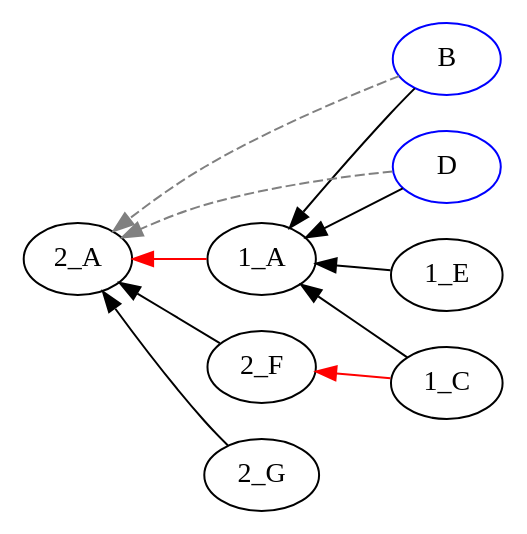
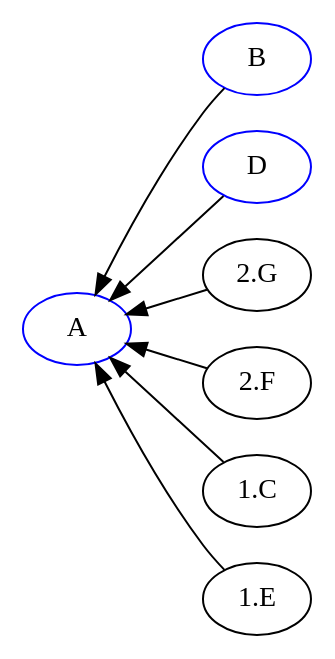
One commit to EulerProject/EulerX changed the diagram in example/output/abstract4/abstract4_pw_4.dot. Above: the diagram before and after it, drawn with Graphviz. The commit also changed 30 other files, not shown here.

```diff
--- a/example/output/abstract4/abstract4_pw_4.dot
+++ b/example/output/abstract4/abstract4_pw_4.dot
@@ -1,19 +1,16 @@
 digraph {
 
 rankdir = RL
 
 "B" [color=blue];
 "D" [color=blue];
 "B" [color=blue];
+"A" [color=blue];
 "D" [color=blue];
-"1_C" -> "1_A" [style=filled, color=black];
-"1_E" -> "1_A" [style=filled, color=black];
-"2_F" -> "2_A" [style=filled, color=black];
-"2_G" -> "2_A" [style=filled, color=black];
-"1_A" -> "2_A" [style=filled, color=red];
-"1_C" -> "2_F" [style=filled, color=red];
-"B" -> "1_A" [style=filled, color=black];
-"D" -> "1_A" [style=filled, color=black];
-"B" -> "2_A" [style=dashed, color=grey];
-"D" -> "2_A" [style=dashed, color=grey];
+"2.G" -> "A" [style=filled, color=black];
+"2.F" -> "A" [style=filled, color=black];
+"1.C" -> "A" [style=filled, color=black];
+"1.E" -> "A" [style=filled, color=black];
+"B" -> "A" [style=filled, color=black];
+"D" -> "A" [style=filled, color=black];
 }
```
